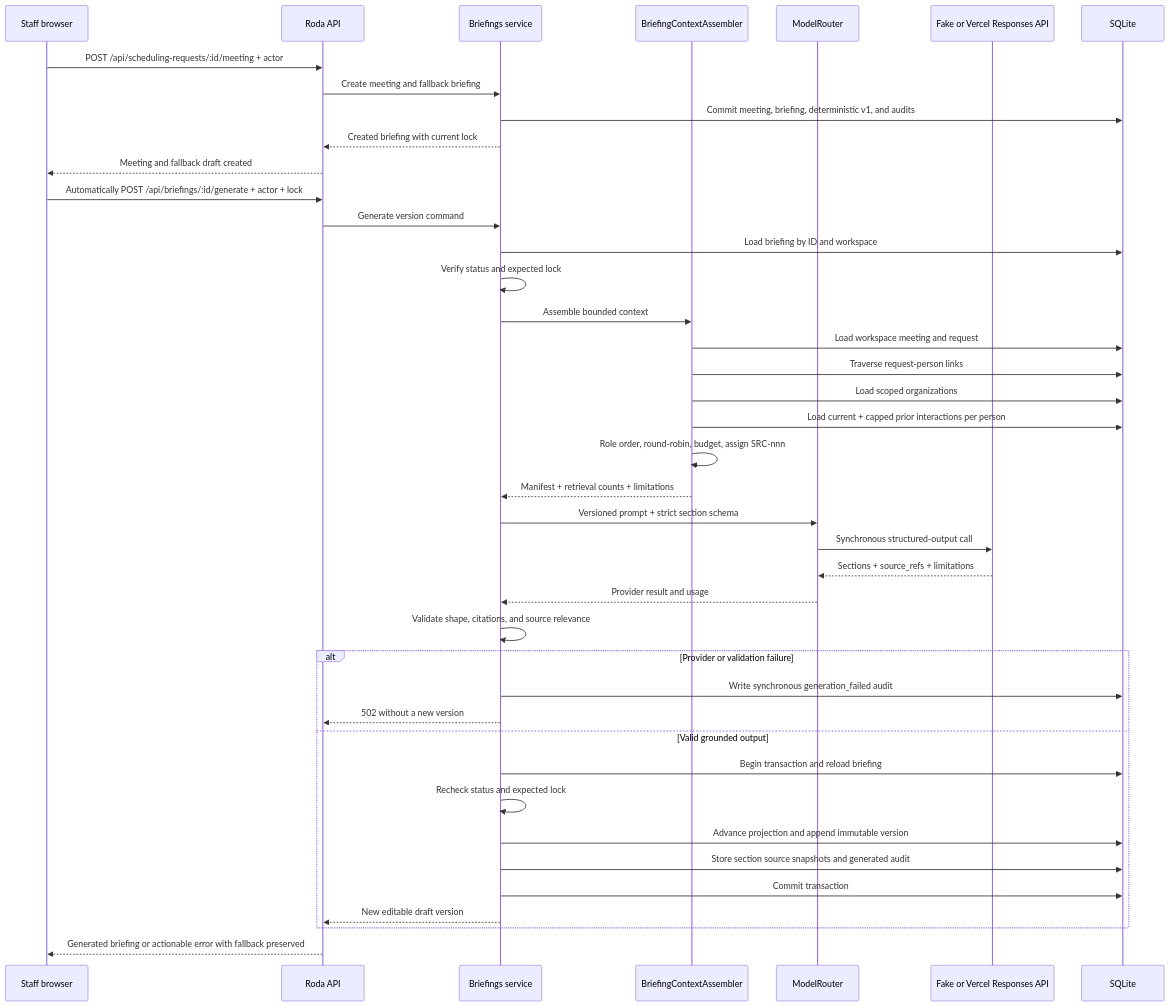
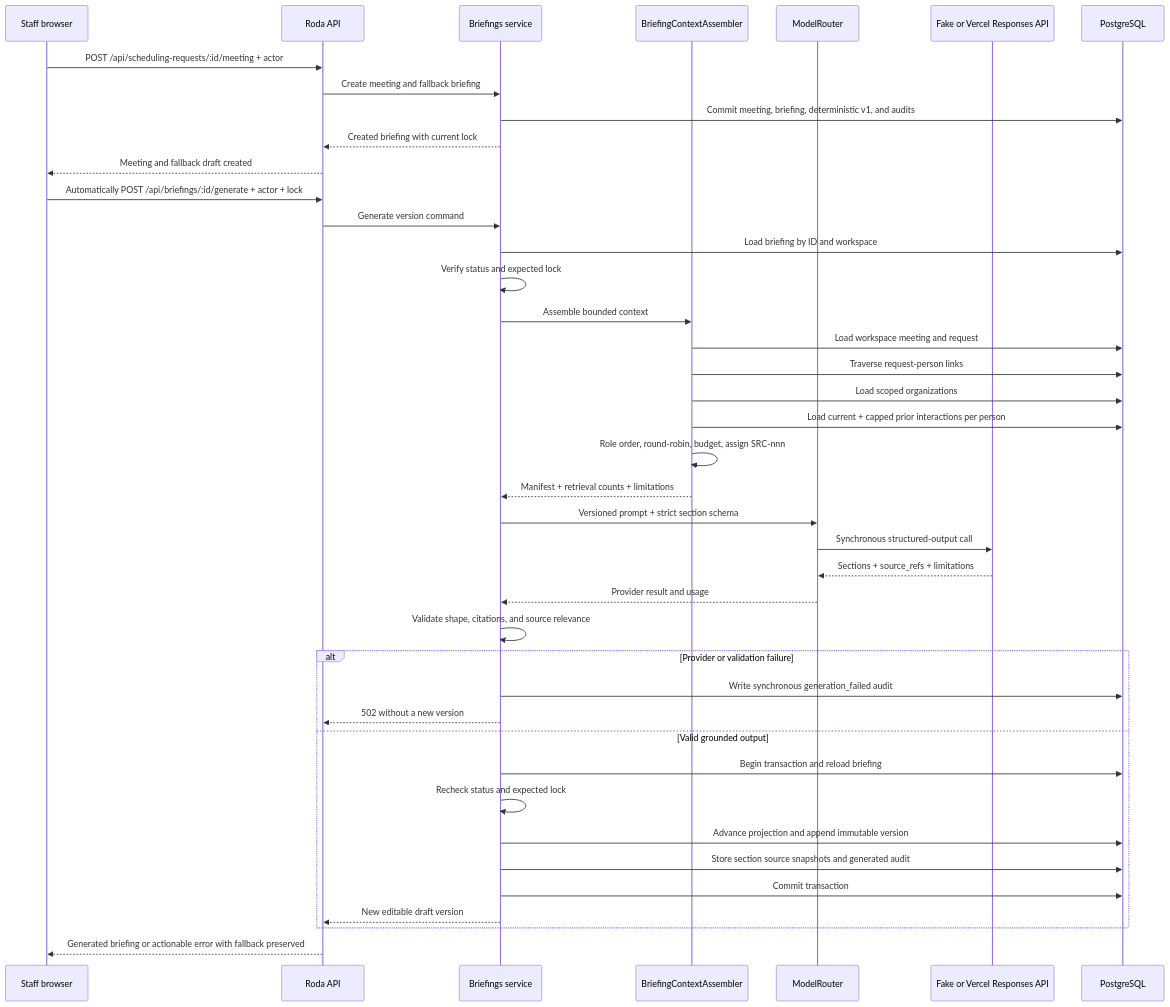
The seventh of 7 diagrams in docs/architecture.md (darthneel/Holocron), drawn with Mermaid before and after one commit. The commit also changed other lines of this file and 19 other files, not shown here.

````diff
--- a/docs/architecture.md
+++ b/docs/architecture.md
@@ -233,44 +235,44 @@
 ```mermaid
 sequenceDiagram
     participant Staff as Staff browser
     participant API as Roda API
     participant Briefings as Briefings service
     participant Context as BriefingContextAssembler
     participant Router as ModelRouter
     participant Model as Fake or Vercel Responses API
-    participant DB as SQLite
+    participant DB as PostgreSQL
 
     Staff->>API: POST /api/scheduling-requests/:id/meeting + actor
     API->>Briefings: Create meeting and fallback briefing
     Briefings->>DB: Commit meeting, briefing, deterministic v1, and audits
     Briefings-->>API: Created briefing with current lock
     API-->>Staff: Meeting and fallback draft created
     Staff->>API: Automatically POST /api/briefings/:id/generate + actor + lock
     API->>Briefings: Generate version command
     Briefings->>DB: Load briefing by ID and workspace
     Briefings->>Briefings: Verify status and expected lock
     Briefings->>Context: Assemble bounded context
     Context->>DB: Load workspace meeting and request
     Context->>DB: Traverse request-person links
     Context->>DB: Load scoped organizations
     Context->>DB: Load current + capped prior interactions per person
     Context->>Context: Role order, round-robin, budget, assign SRC-nnn
     Context-->>Briefings: Manifest + retrieval counts + limitations
     Briefings->>Router: Versioned prompt + strict section schema
     Router->>Model: Synchronous structured-output call
     Model-->>Router: Sections + source_refs + limitations
     Router-->>Briefings: Provider result and usage
     Briefings->>Briefings: Validate shape, citations, and source relevance
     alt Provider or validation failure
         Briefings->>DB: Write synchronous generation_failed audit
         Briefings-->>API: 502 without a new version
     else Valid grounded output
         Briefings->>DB: Begin transaction and reload briefing
         Briefings->>Briefings: Recheck status and expected lock
         Briefings->>DB: Advance projection and append immutable version
         Briefings->>DB: Store section source snapshots and generated audit
         Briefings->>DB: Commit transaction
         Briefings-->>API: New editable draft version
     end
     API-->>Staff: Generated briefing or actionable error with fallback preserved
 ```
````
